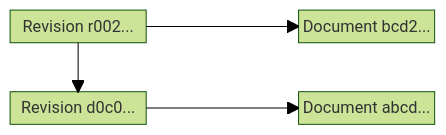
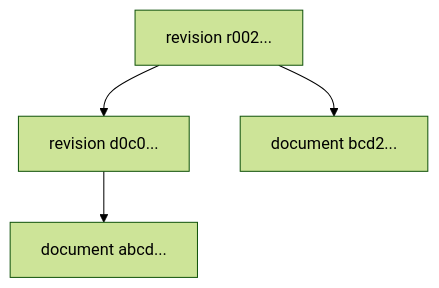
One commit to functionalscript/functionalscript changed the third of 17 diagrams in todo/sergey/disot.md. Above: the diagram before and after it, drawn with Mermaid (forest theme). The commit also changed other lines of this file, not shown here.

````diff
--- a/todo/sergey/disot.md
+++ b/todo/sergey/disot.md
@@ -53,12 +43,6 @@
 ```mermaid
-block-beta
-    columns 3
-
-    C2["Revision r002..."] space D2["Document bcd2..."]
-    space:3
-    C1["Revision d0c0..."] space D1["Document abcd..."]
-
-    C2 --> C1
-    C2 --> D2
-    C1 --> D1
+flowchart TB
+    R2["revision r002..."] --> R1["revision d0c0..."]
+    R2 --> D2["document bcd2..."]
+    R1 --> D1["document abcd..."]
 ```
````
